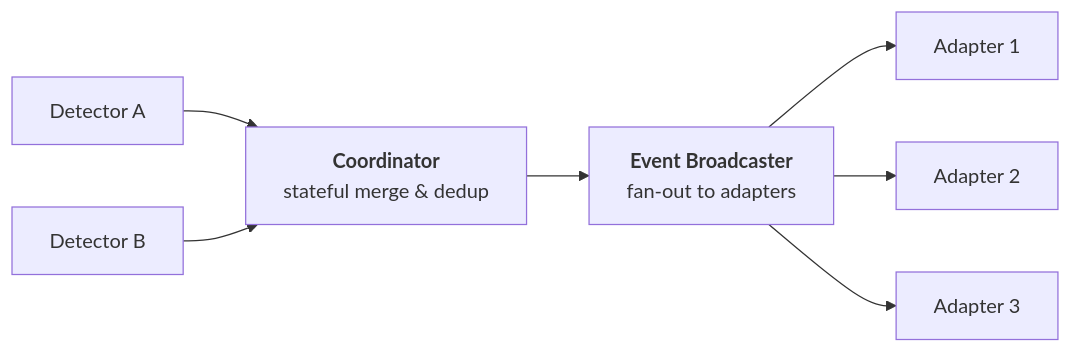
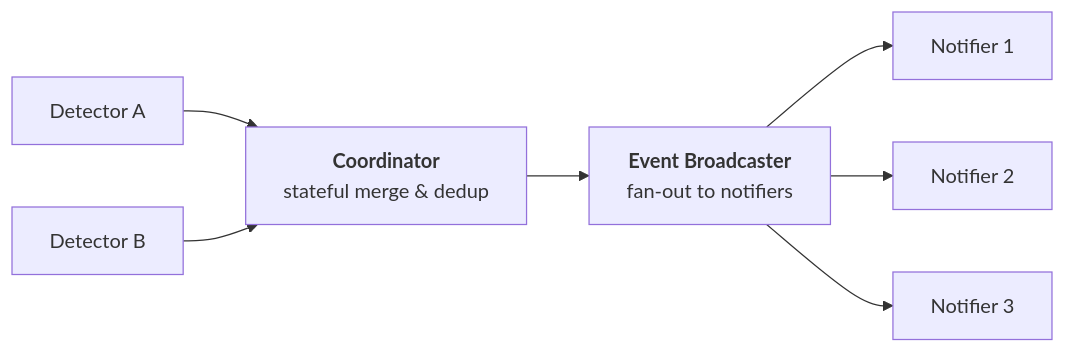
One commit to shuhaowu/CameraCoordinator changed the diagram in docs/development/architecture.md. Above: the diagram before and after it, drawn with Mermaid. The commit also changed other lines of this file and 12 other files, not shown here.

Commit message:
Rename adapter -> notifier

````diff
--- a/docs/development/architecture.md
+++ b/docs/development/architecture.md
@@ -18,14 +18,14 @@
 ```mermaid
 flowchart LR
     D1["Detector A"]
     D2["Detector B"]
     Coordinator["<b>Coordinator</b><br/>stateful merge & dedup"]
-    Broadcaster["<b>Event Broadcaster</b><br/>fan‑out to adapters"]
-    A1["Adapter 1"]
-    A2["Adapter 2"]
-    A3["Adapter 3"]
+    Broadcaster["<b>Event Broadcaster</b><br/>fan‑out to notifiers"]
+    A1["Notifier 1"]
+    A2["Notifier 2"]
+    A3["Notifier 3"]
 
     D1 & D2 --> Coordinator --> Broadcaster --> A1
     Broadcaster --> A2
     Broadcaster --> A3
 ```
````
